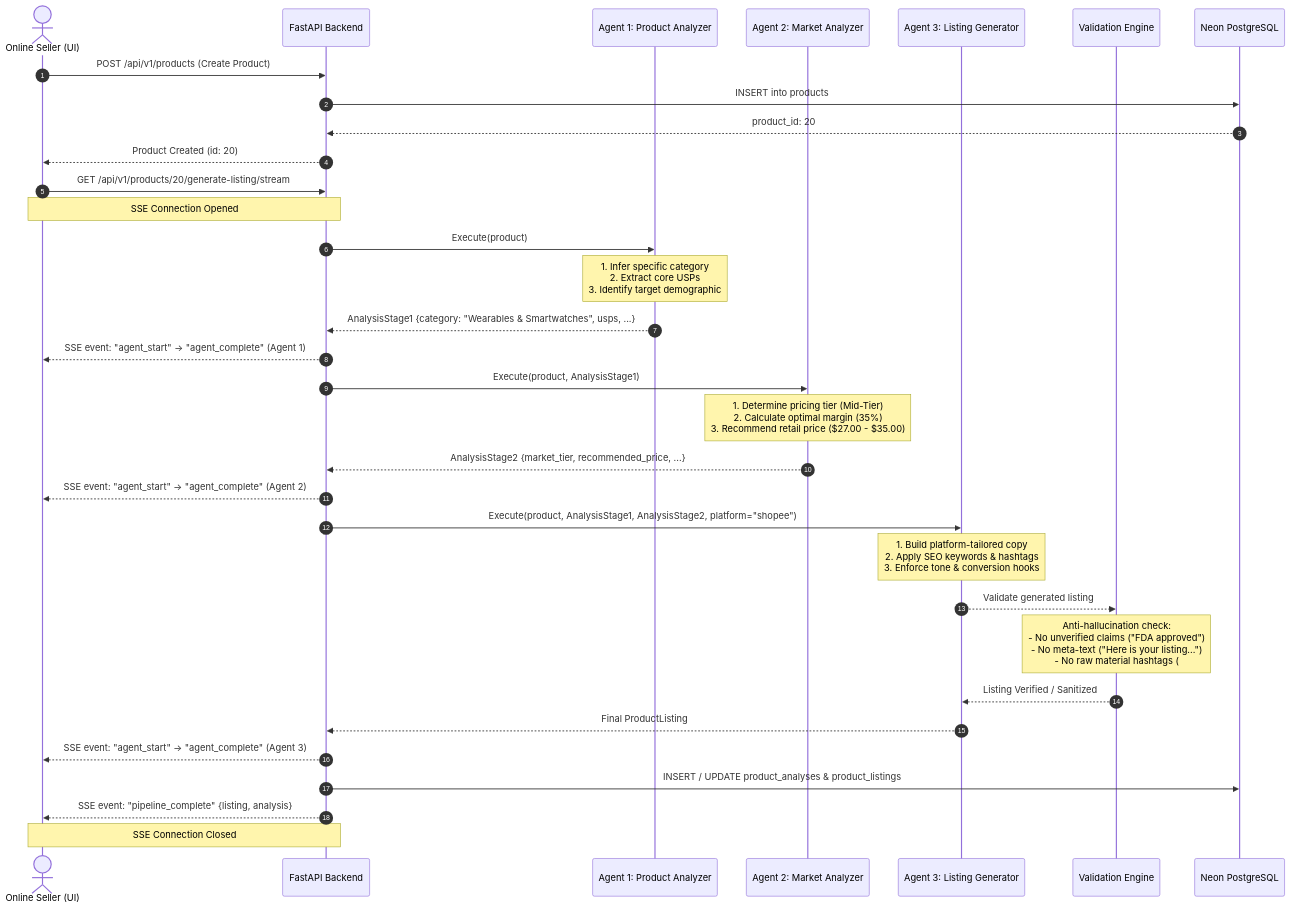
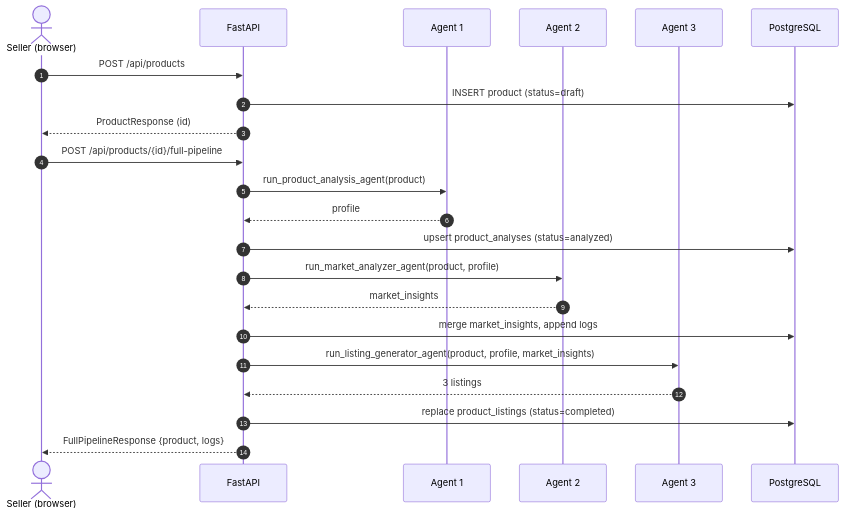
The third of 4 diagrams in docs/SYSTEM_ARCHITECTURE.md (BenaiahAsis/online-seller-assistant), drawn with Mermaid before and after one commit. The commit also changed other lines of this file and 3 other files, not shown here.

First line of the commit message:
docs: align README and architecture doc with the implemented system

````diff
--- a/docs/SYSTEM_ARCHITECTURE.md
+++ b/docs/SYSTEM_ARCHITECTURE.md
@@ -187,41 +147,26 @@
 ```mermaid
 sequenceDiagram
     autonumber
-    actor Seller as Online Seller (UI)
-    participant API as FastAPI Backend
-    participant A1 as Agent 1: Product Analyzer
-    participant A2 as Agent 2: Market Analyzer
-    participant A3 as Agent 3: Listing Generator
-    participant Val as Validation Engine
-    participant DB as Neon PostgreSQL
+    actor Seller as Seller (browser)
+    participant API as FastAPI
+    participant A1 as Agent 1
+    participant A2 as Agent 2
+    participant A3 as Agent 3
+    participant DB as PostgreSQL
 
-    Seller->>API: POST /api/v1/products (Create Product)
-    API->>DB: INSERT into products
-    DB-->>API: product_id: 20
-    API-->>Seller: Product Created (id: 20)
+    Seller->>API: POST /api/products
+    API->>DB: INSERT product (status=draft)
+    API-->>Seller: ProductResponse (id)
 
-    Seller->>API: GET /api/v1/products/20/generate-listing/stream
-    Note over API,Seller: SSE Connection Opened
-
-    API->>A1: Execute(product)
-    Note over A1: 1. Infer specific category<br/>2. Extract core USPs<br/>3. Identify target demographic
-    A1-->>API: AnalysisStage1 {category: "Wearables & Smartwatches", usps, ...}
-    API-->>Seller: SSE event: "agent_start" -> "agent_complete" (Agent 1)
-
-    API->>A2: Execute(product, AnalysisStage1)
-    Note over A2: 1. Determine pricing tier (Mid-Tier)<br/>2. Calculate optimal margin (35%)<br/>3. Recommend retail price ($27.00 - $35.00)
-    A2-->>API: AnalysisStage2 {market_tier, recommended_price, ...}
-    API-->>Seller: SSE event: "agent_start" -> "agent_complete" (Agent 2)
-
-    API->>A3: Execute(product, AnalysisStage1, AnalysisStage2, platform="shopee")
-    Note over A3: 1. Build platform-tailored copy<br/>2. Apply SEO keywords & hashtags<br/>3. Enforce tone & conversion hooks
-    A3-->>Val: Validate generated listing
-    Note over Val: Anti-hallucination check:<br/>- No unverified claims ("FDA approved")<br/>- No meta-text ("Here is your listing...")<br/>- No raw material hashtags (#zinciron)<br/>- Soften hype claims ("Most bought")
-    Val-->>A3: Listing Verified / Sanitized
-    A3-->>API: Final ProductListing
-    API-->>Seller: SSE event: "agent_start" -> "agent_complete" (Agent 3)
-
-    API->>DB: INSERT / UPDATE product_analyses & product_listings
-    API-->>Seller: SSE event: "pipeline_complete" {listing, analysis}
-    Note over API,Seller: SSE Connection Closed
+    Seller->>API: POST /api/products/{id}/full-pipeline
+    API->>A1: run_product_analysis_agent(product)
+    A1-->>API: profile
+    API->>DB: upsert product_analyses (status=analyzed)
+    API->>A2: run_market_analyzer_agent(product, profile)
+    A2-->>API: market_insights
+    API->>DB: merge market_insights, append logs
+    API->>A3: run_listing_generator_agent(product, profile, market_insights)
+    A3-->>API: 3 listings
+    API->>DB: replace product_listings (status=completed)
+    API-->>Seller: FullPipelineResponse {product, logs}
 ```
````
